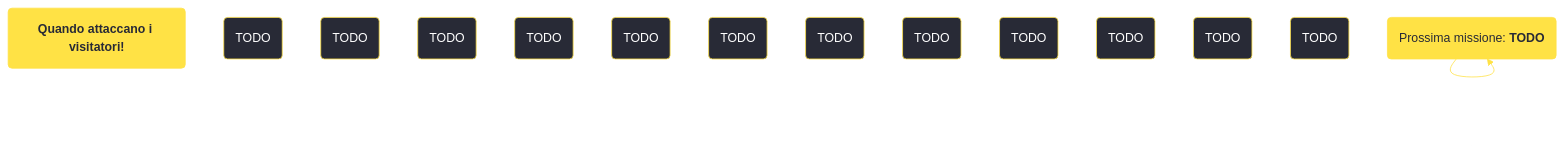
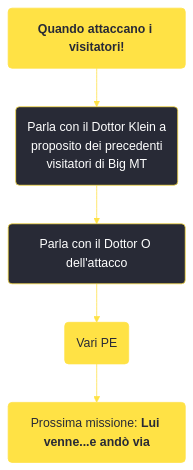
Before and after one commit to persy/wastelander: the diagram in content/voci/fallout new vegas/missioni/Quando attaccano i visitatori.md, drawn with Mermaid. The commit also changed 174 other files, not shown here.

````diff
--- a/content/voci/fallout new vegas/missioni/Quando attaccano i visitatori.md
+++ b/content/voci/fallout new vegas/missioni/Quando attaccano i visitatori.md
@@ -32,24 +32,15 @@
 ```mermaid
 %%{init: {'theme': 'base', 'themeVariables': { 'primaryColor': '#282a36', 'primaryBorderColor': '#ffe245', 'primaryTextColor': '#fff', 'lineColor': '#ffe245', 'fontFamily': 'Jura'}}}%%
 graph TD;
     id1(<b>Quando attaccano i visitatori!</b>):::questfnv
-    id2(TODO)
-    id3(TODO)
-    id4(TODO)
-    id5(TODO)
-    id6(TODO)
-    id7(TODO) 
-    id8(TODO)
-    id9(TODO)
-    id10(TODO)
-    id11(TODO)
-    id12(TODO)
-    id13(TODO) 
-    id(TODO):::rewardfnv
-    id(Prossima missione: <b>TODO</b>):::questfnv
-    id-->id-->id-->id-->id-->id-->id
+    id2(Parla con il Dottor Klein a <br />proposito dei precedenti <br />visitatori di Big MT)
+    id3(Parla con il Dottor O dell'attacco)
+    id4(Vari PE):::rewardfnv
+    id5(Prossima missione: <b>Lui venne...e andò via</b>):::questfnv
     
-    click id "../TODO"
+    id1-->id2-->id3-->id4-->id5
+    
+    click id "../lui-venne...e-ando-via"
     classDef rewardfnv fill:#ffe245, stroke:#ffe245, color:#282a36;
     classDef questfnv fill:#ffe245, stroke:#ffe245, color:#282a36;
 ```
````
